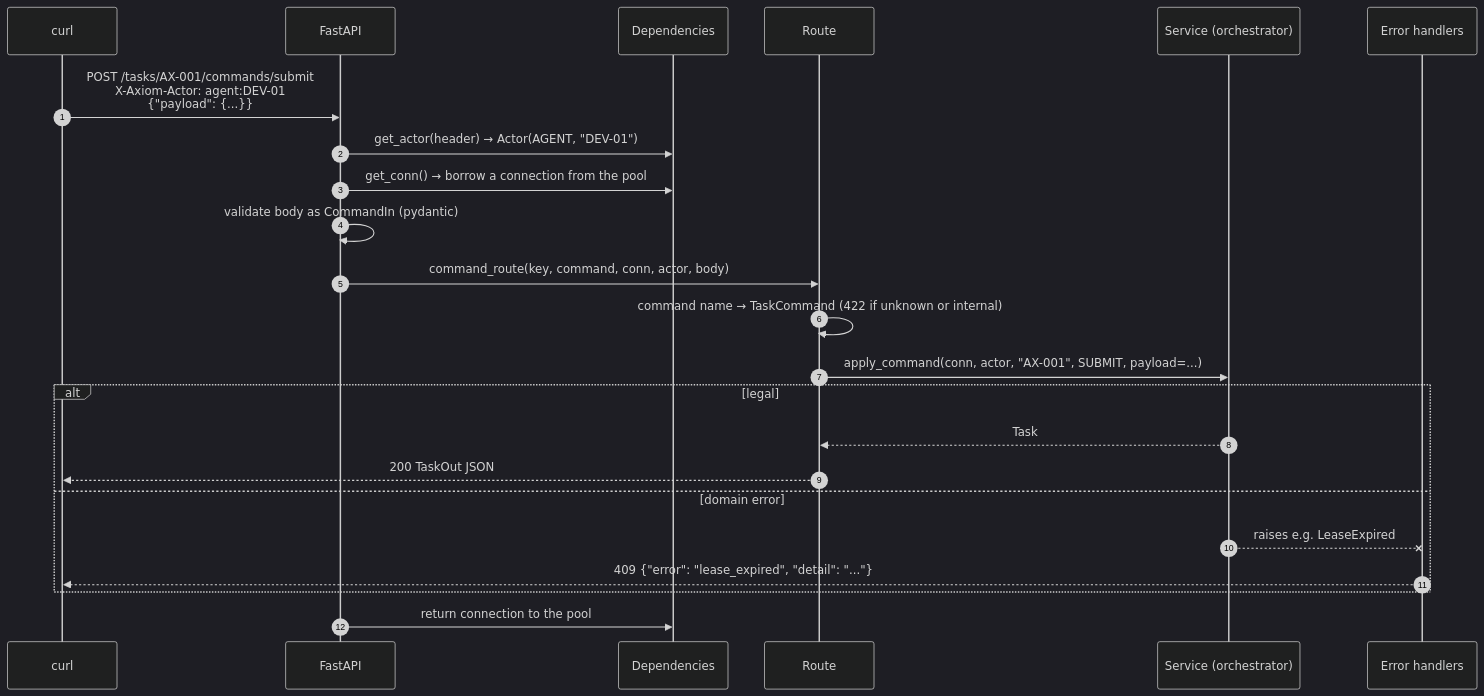
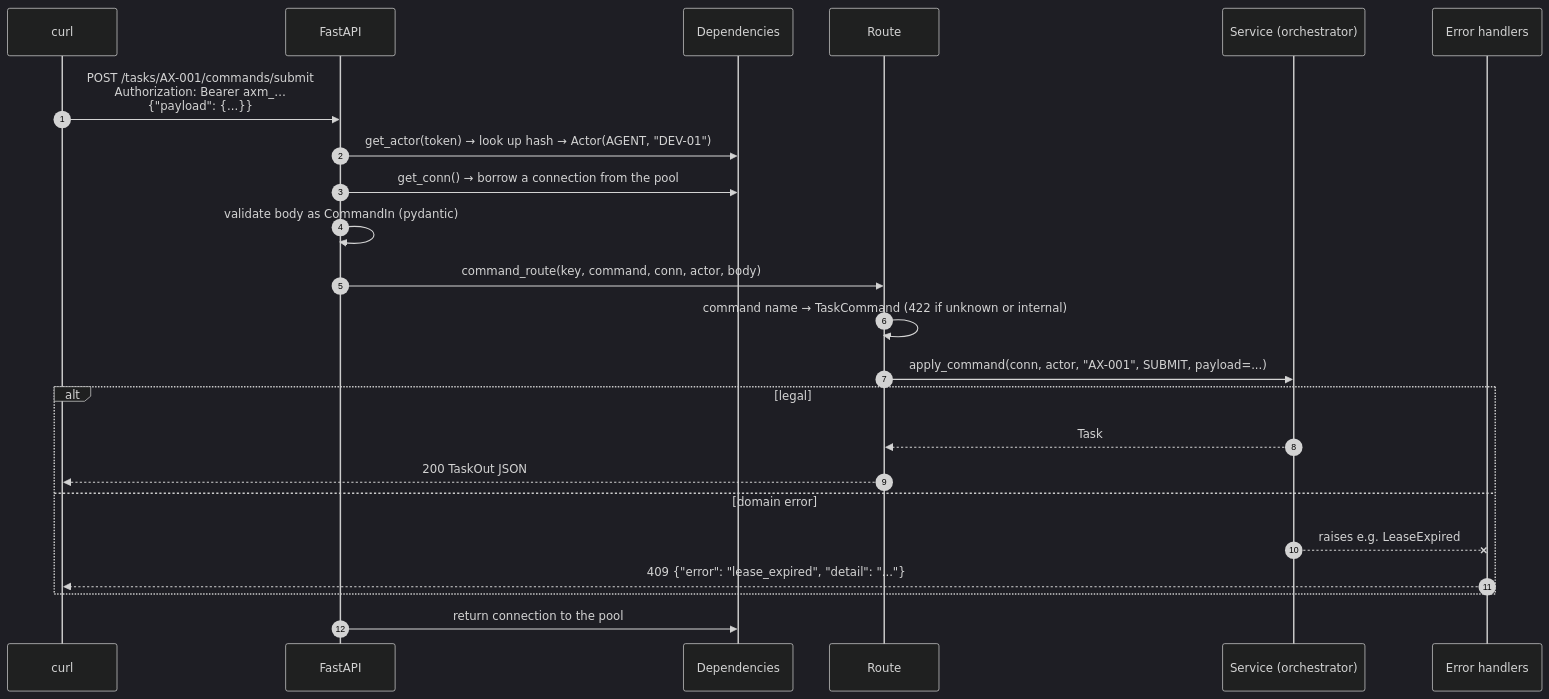
Before and after one commit to bharathcmbox/axiom: the first of 6 diagrams in docs/guide/08-api-layer.md, drawn with Mermaid (dark theme). The commit also changed other lines of this file and 19 other files, not shown here.

First line of the commit message:
Phase 2 T2: bearer-token authentication; actor comes from the token

````diff
--- a/docs/guide/08-api-layer.md
+++ b/docs/guide/08-api-layer.md
@@ -8,25 +8,25 @@
 ```mermaid
 sequenceDiagram
     autonumber
     participant C as curl
     participant F as FastAPI
     participant D as Dependencies
     participant R as Route
     participant S as Service (orchestrator)
     participant H as Error handlers
-    C->>F: POST /tasks/AX-001/commands/submit<br/>X-Axiom-Actor: agent:DEV-01<br/>{"payload": {...}}
-    F->>D: get_actor(header) → Actor(AGENT, "DEV-01")
+    C->>F: POST /tasks/AX-001/commands/submit<br/>Authorization: Bearer axm_…<br/>{"payload": {...}}
+    F->>D: get_actor(token) → look up hash → Actor(AGENT, "DEV-01")
     F->>D: get_conn() → borrow a connection from the pool
     F->>F: validate body as CommandIn (pydantic)
     F->>R: command_route(key, command, conn, actor, body)
     R->>R: command name → TaskCommand (422 if unknown or internal)
     R->>S: apply_command(conn, actor, "AX-001", SUBMIT, payload=...)
     alt legal
         S-->>R: Task
         R-->>C: 200 TaskOut JSON
     else domain error
         S--xH: raises e.g. LeaseExpired
         H-->>C: 409 {"error": "lease_expired", "detail": "..."}
     end
     F->>D: return connection to the pool
 ```
````
